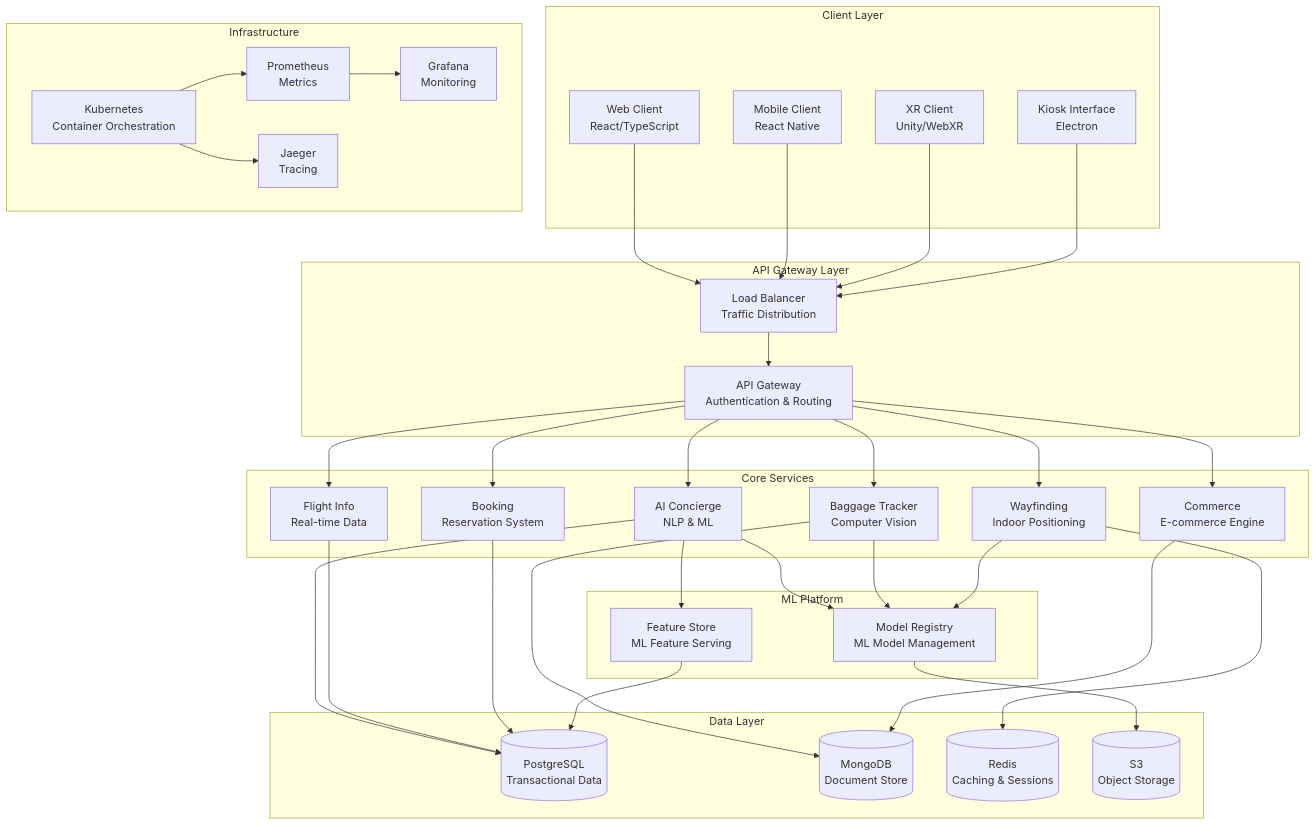
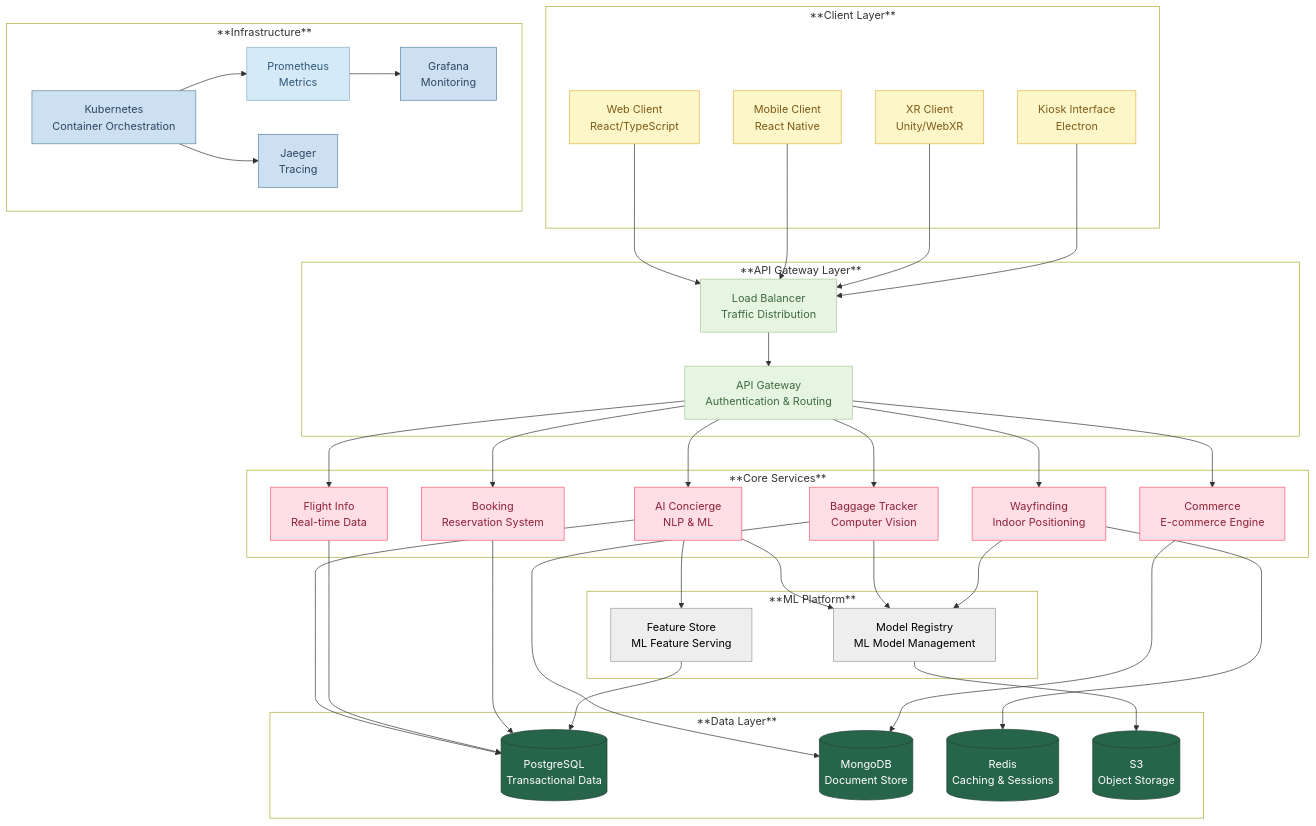
Before and after one commit to suprachakra/AeroFusionXR: the first of 2 diagrams in README.md, drawn with Mermaid. The commit also changed other lines of this file, not shown here.

````diff
--- a/README.md
+++ b/README.md
@@ -121,74 +121,100 @@
 ```mermaid
-graph TB
-    subgraph "Client Layer"
-        WEB[Web Client<br/>React/TypeScript]
-        MOBILE[Mobile Client<br/>React Native]
-        XR[XR Client<br/>Unity/WebXR]
-        KIOSK[Kiosk Interface<br/>Electron]
-    end
-
-    subgraph "API Gateway Layer"
-        GW[API Gateway<br/>Authentication & Routing]
-        LB[Load Balancer<br/>Traffic Distribution]
-    end
-    
-    subgraph "Core Services"
-        AI[AI Concierge<br/>NLP & ML]
-        FLIGHT[Flight Info<br/>Real-time Data]
-        BAG[Baggage Tracker<br/>Computer Vision]
-        WAY[Wayfinding<br/>Indoor Positioning]
-        COM[Commerce<br/>E-commerce Engine]
-        BOOK[Booking<br/>Reservation System]
-    end
-    
-    subgraph "ML Platform"
-        MODEL[Model Registry<br/>ML Model Management]
-        FEATURE[Feature Store<br/>ML Feature Serving]
-    end
-
-    subgraph "Data Layer"
-        POSTGRES[(PostgreSQL<br/>Transactional Data)]
-        MONGO[(MongoDB<br/>Document Store)]
-        REDIS[(Redis<br/>Caching & Sessions)]
-        S3[(S3<br/>Object Storage)]
-    end
-    
-    subgraph "Infrastructure"
-        K8S[Kubernetes<br/>Container Orchestration]
-        PROM[Prometheus<br/>Metrics]
-        GRAF[Grafana<br/>Monitoring]
-        JAEGER[Jaeger<br/>Tracing]
-    end
-    
+flowchart TB
+ subgraph subGraph0["**Client Layer**"]
+        WEB["Web Client<br>React/TypeScript"]
+        MOBILE["Mobile Client<br>React Native"]
+        XR["XR Client<br>Unity/WebXR"]
+        KIOSK["Kiosk Interface<br>Electron"]
+  end
+ subgraph subGraph1["**API Gateway Layer**"]
+        GW["API Gateway<br>Authentication &amp; Routing"]
+        LB["Load Balancer<br>Traffic Distribution"]
+  end
+ subgraph subGraph2["**Core Services**"]
+        AI["AI Concierge<br>NLP &amp; ML"]
+        FLIGHT["Flight Info<br>Real-time Data"]
+        BAG["Baggage Tracker<br>Computer Vision"]
+        WAY["Wayfinding<br>Indoor Positioning"]
+        COM["Commerce<br>E-commerce Engine"]
+        BOOK["Booking<br>Reservation System"]
+  end
+ subgraph subGraph3["**ML Platform**"]
+        MODEL["Model Registry<br>ML Model Management"]
+        FEATURE["Feature Store<br>ML Feature Serving"]
+  end
+ subgraph subGraph4["**Data Layer**"]
+        POSTGRES[("PostgreSQL<br>Transactional Data")]
+        MONGO[("MongoDB<br>Document Store")]
+        REDIS[("Redis<br>Caching &amp; Sessions")]
+        S3[("S3<br>Object Storage")]
+  end
+ subgraph **Infrastructure**["**Infrastructure**"]
+        K8S["Kubernetes<br>Container Orchestration"]
+        PROM["Prometheus<br>Metrics"]
+        GRAF["Grafana<br>Monitoring"]
+        JAEGER["Jaeger<br>Tracing"]
+  end
     WEB --> LB
     MOBILE --> LB
     XR --> LB
     KIOSK --> LB
-    
     LB --> GW
-    GW --> AI
-    GW --> FLIGHT
-    GW --> BAG
-    GW --> WAY
-    GW --> COM
-    GW --> BOOK
-    
-    AI --> MODEL
-    AI --> FEATURE
-    BAG --> MODEL
-    WAY --> MODEL
-    
-    AI --> POSTGRES
+    GW --> AI & FLIGHT & BAG & WAY & COM & BOOK
+    AI --> MODEL & FEATURE & POSTGRES
+    BAG --> MODEL & MONGO
+    WAY --> MODEL & REDIS
     FLIGHT --> POSTGRES
-    BAG --> MONGO
-    WAY --> REDIS
     COM --> MONGO
     BOOK --> POSTGRES
-    
     MODEL --> S3
     FEATURE --> POSTGRES
-    
-    K8S --> PROM
+    K8S --> PROM & JAEGER
     PROM --> GRAF
-    K8S --> JAEGER
+
+     WEB:::VanGoghYellow
+     MOBILE:::VanGoghYellow
+     XR:::VanGoghYellow
+     KIOSK:::VanGoghYellow
+     GW:::DegasGreen
+     LB:::DegasGreen
+     AI:::Rose
+     FLIGHT:::Rose
+     BAG:::Rose
+     WAY:::Rose
+     COM:::Rose
+     BOOK:::Rose
+     MODEL:::Ash
+     FEATURE:::MatisseLavender
+     FEATURE:::HokusaiWave
+     FEATURE:::Ash
+     POSTGRES:::Pine
+     MONGO:::Pine
+     REDIS:::Pine
+     S3:::Pine
+     K8S:::PicassoBlue
+     PROM:::MonetBlue
+     GRAF:::PicassoBlue
+     JAEGER:::PicassoBlue
+    classDef Sky stroke-width:1px, stroke-dasharray:none, stroke:#374D7C, fill:#E2EBFF, color:#374D7C
+    classDef KlimtGold stroke-width:1px, stroke-dasharray:none, stroke:#D4A017, fill:#FBF2C1, color:#705A16
+    classDef Aqua stroke-width:1px, stroke-dasharray:none, stroke:#46EDC8, fill:#DEFFF8, color:#378E7A
+    classDef Peach stroke-width:1px, stroke-dasharray:none, stroke:#FBB35A, fill:#FFEFDB, color:#8F632D
+    classDef RenoirPink stroke-width:1px, stroke-dasharray:none, stroke:#E4A0A0, fill:#FBE5E5, color:#7D3E3E
+    classDef TurnerMist stroke-width:1px, stroke-dasharray:none, stroke:#B8C4D1, fill:#EAF2F8, color:#4A5B6F
+    classDef CezannePeach stroke-width:1px, stroke-dasharray:none, stroke:#E2A07D, fill:#FBE7DA, color:#6D4532
+    classDef MonetBlue stroke-width:1px, stroke-dasharray:none, stroke:#87AFC7, fill:#D4EAF7, color:#30577B
+    classDef PicassoBlue stroke-width:1px, stroke-dasharray:none, stroke:#5A84A2, fill:#CDE0F2, color:#2D4661
+    classDef VanGoghYellow stroke-width:1px, stroke-dasharray:none, stroke:#E3B448, fill:#FDF6C9, color:#7D5A17
+    classDef DegasGreen stroke-width:1px, stroke-dasharray:none, stroke:#A7C796, fill:#E6F4E2, color:#3E6A42
+    classDef Rose stroke-width:1px, stroke-dasharray:none, stroke:#FF5978, fill:#FFDFE5, color:#8E2236
+    classDef MatisseLavender stroke-width:1px, stroke-dasharray:none, stroke:#B39DBC, fill:#ECE3F5, color:#4E3A5E
+    classDef HokusaiWave stroke-width:1px, stroke-dasharray:none, stroke:#6188A9, fill:#D4E8F2, color:#2A425D
+    classDef Ash stroke-width:1px, stroke-dasharray:none, stroke:#999999, fill:#EEEEEE, color:#000000
+    classDef Pine stroke-width:1px, stroke-dasharray:none, stroke:#254336, fill:#27654A, color:#FFFFFF
+    style **Infrastructure** fill:transparent
+    style subGraph0 fill:transparent
+    style subGraph1 fill:transparent
+    style subGraph2 fill:transparent
+    style subGraph4 fill:transparent
+    style subGraph3 fill:transparent
 ```
````
